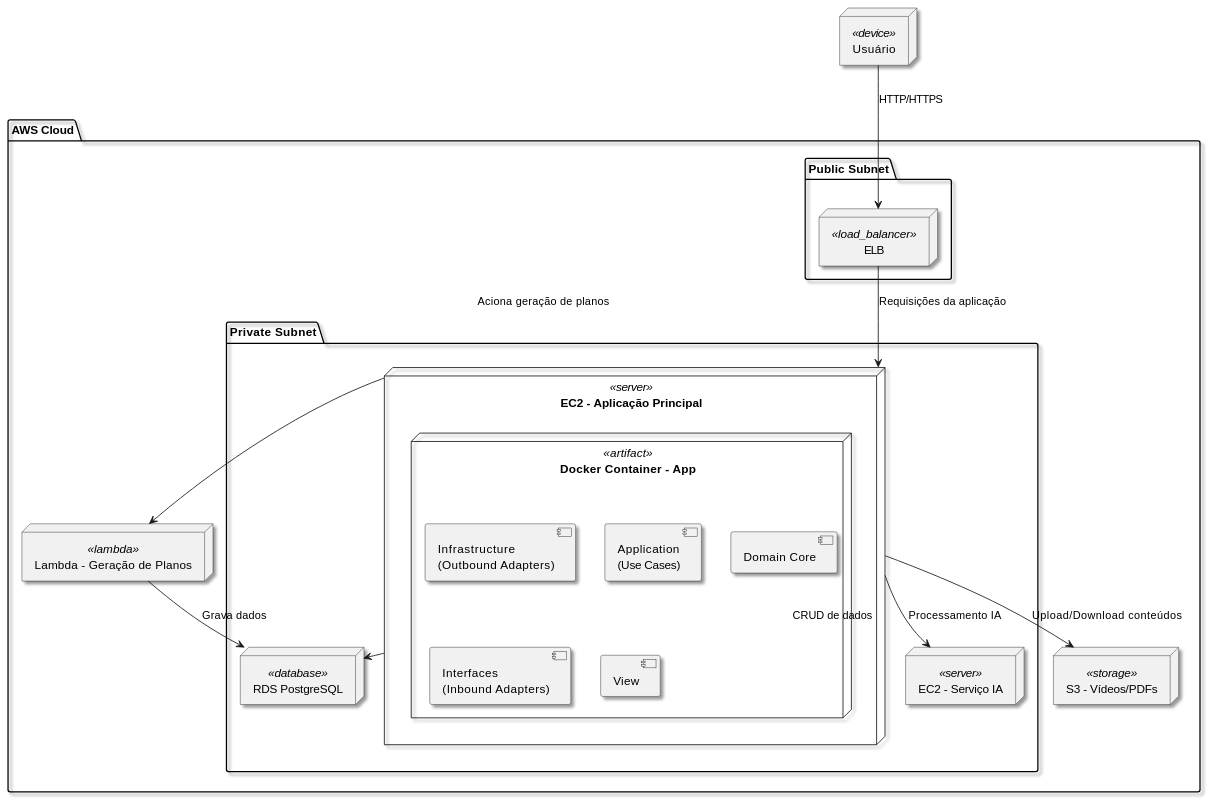
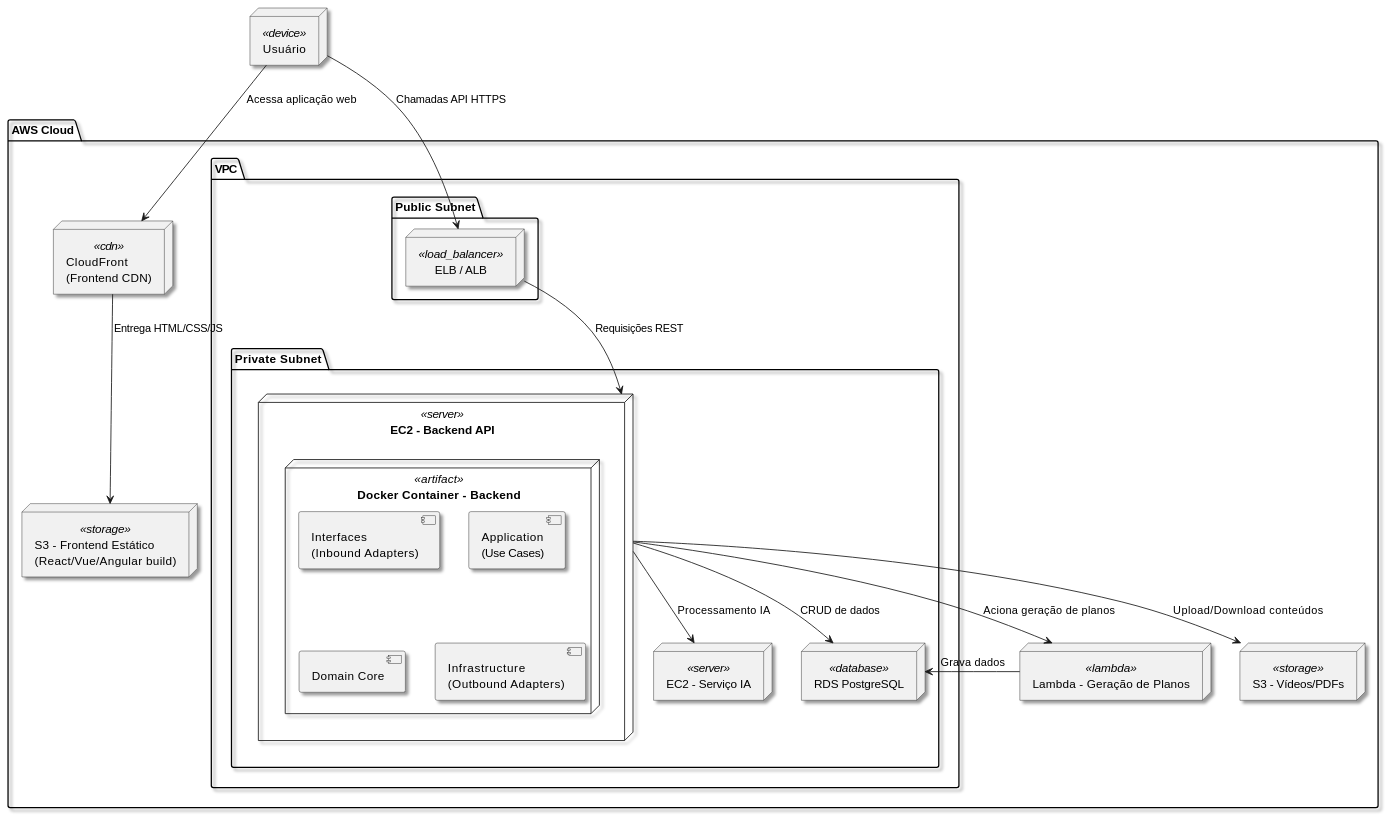
One commit to gabrielfaravola/ProjetoEngenharia changed the first of 3 diagrams in Documentação/04 - Implementação/Diagrama_Implantação.md. Above: the diagram before and after it, drawn with PlantUML. The commit also changed other lines of this file, not shown here.

````diff
--- a/Documentação/04 - Implementação/Diagrama_Implantação.md
+++ b/Documentação/04 - Implementação/Diagrama_Implantação.md
@@ -18,54 +28,52 @@
 ```plantuml
 @startuml
 skinparam shadowing true
 skinparam rectangle {
   RoundCorner 15
 }
 
 '--- Usuário ---
-node "Usuário" as User <<device>> {
+node "Usuário" as User <<device>>
+
+package "AWS Cloud" {
+
+    node "CloudFront\n(Frontend CDN)" as CloudFront <<cdn>>
+    node "S3 - Frontend Estático\n(React/Vue/Angular build)" as S3Front <<storage>>
+
+    package "VPC" {
+        package "Public Subnet" as PublicSubnet {
+            node "ELB / ALB" as ELB <<load_balancer>>
+        }
+
+        package "Private Subnet" as PrivateSubnet {
+            node "EC2 - Backend API" as EC2App <<server>> {
+                node "Docker Container - Backend" as DockerApp <<artifact>> {
+                    component "Interfaces\n(Inbound Adapters)"
+                    component "Application\n(Use Cases)"
+                    component "Domain Core"
+                    component "Infrastructure\n(Outbound Adapters)"
+                }
+            }
+
+            node "EC2 - Serviço IA" as EC2IA <<server>>
+            node "RDS PostgreSQL" as RDS <<database>>
+        }
+    }
+
+    node "Lambda - Geração de Planos" as Lambda <<lambda>>
+    node "S3 - Vídeos/PDFs" as S3Files <<storage>>
 }
 
-
-'--- AWS Cloud ---
-package "AWS Cloud" {
-
-    ' Public Subnet
-    package "Public Subnet" as PublicSubnet {
-        node "ELB" as ELB <<load_balancer>>
-    }
-
-    ' Private Subnet
-    package "Private Subnet" as PrivateSubnet {
-        node "EC2 - Aplicação Principal" as EC2App <<server>>{
-           node "Docker Container - App" as DockerApp <<artifact>> {
-                component "Infrastructure\n(Outbound Adapters)"
-                component "Application\n(Use Cases)"
-                component "Domain Core"
-                component "Interfaces\n(Inbound Adapters)"
-                component "View"
-            }
-        }
-        node "EC2 - Serviço IA" as EC2IA <<server>>
-        node "RDS PostgreSQL" as RDS <<database>>
-    }
-
-    ' Serviços gerenciados fora da VPC
-    node "Lambda - Geração de Planos" as Lambda <<lambda>>
-    node "S3 - Vídeos/PDFs" as S3 <<storage>>
-}
-
-'--- Fluxos simplificados e claros ---
-User --> ELB : HTTP/HTTPS
-ELB --> EC2App : Requisições da aplicação
+User --> CloudFront : Acessa aplicação web
+CloudFront --> S3Front : Entrega HTML/CSS/JS
+User --> ELB : Chamadas API HTTPS
+ELB --> EC2App : Requisições REST
 
 EC2App --> EC2IA : Processamento IA
 EC2App --> RDS : CRUD de dados
-EC2App --> S3 : Upload/Download conteúdos
+EC2App --> S3Files : Upload/Download conteúdos
 EC2App --> Lambda : Aciona geração de planos
-
-
 Lambda --> RDS : Grava dados
 
 @enduml
 ```
````
